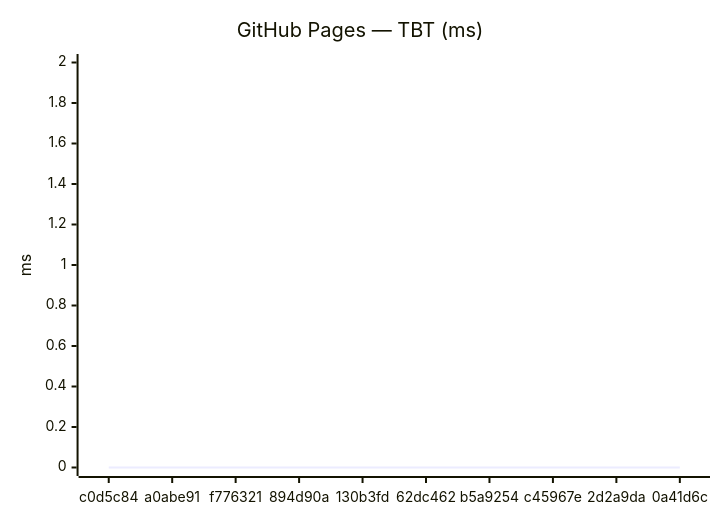
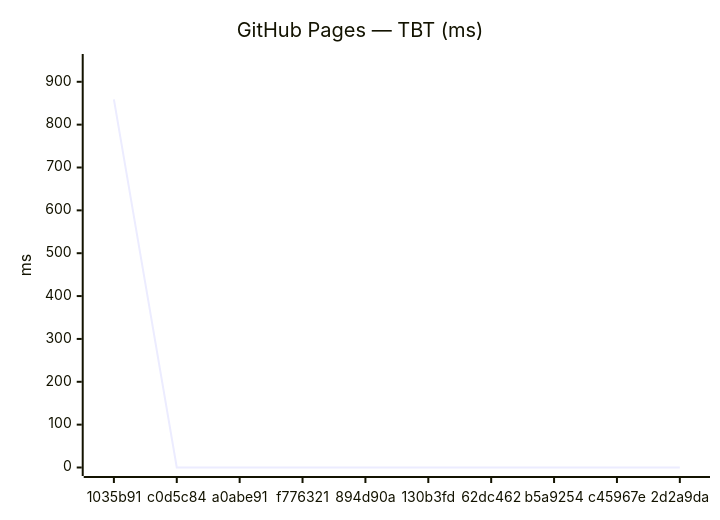
One commit to Metaheurist/Rianell changed the fourth of 18 diagrams in benchmarks/compare.md. Above: the diagram before and after it, drawn with Mermaid. The commit also changed other lines of this file and 11 other files, not shown here.

````diff
--- a/benchmarks/compare.md
+++ b/benchmarks/compare.md
@@ -61,7 +61,7 @@
 ```mermaid
 xychart-beta
     title "GitHub Pages — TBT (ms)"
-    x-axis ["c0d5c84", "a0abe91", "f776321", "894d90a", "130b3fd", "62dc462", "b5a9254", "c45967e", "2d2a9da", "0a41d6c"]
-    y-axis "ms" 0 --> 2
-    line [0, 0, 0, 0, 0, 0, 0, 0, 0, 0]
+    x-axis ["1035b91", "c0d5c84", "a0abe91", "f776321", "894d90a", "130b3fd", "62dc462", "b5a9254", "c45967e", "2d2a9da"]
+    y-axis "ms" 0 --> 945
+    line [859, 0, 0, 0, 0, 0, 0, 0, 0, 0]
 ```
````
